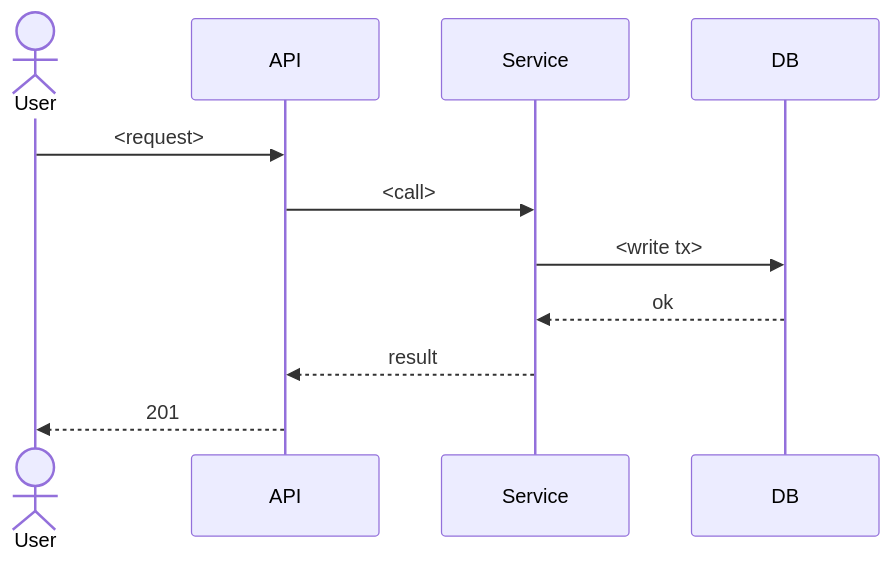
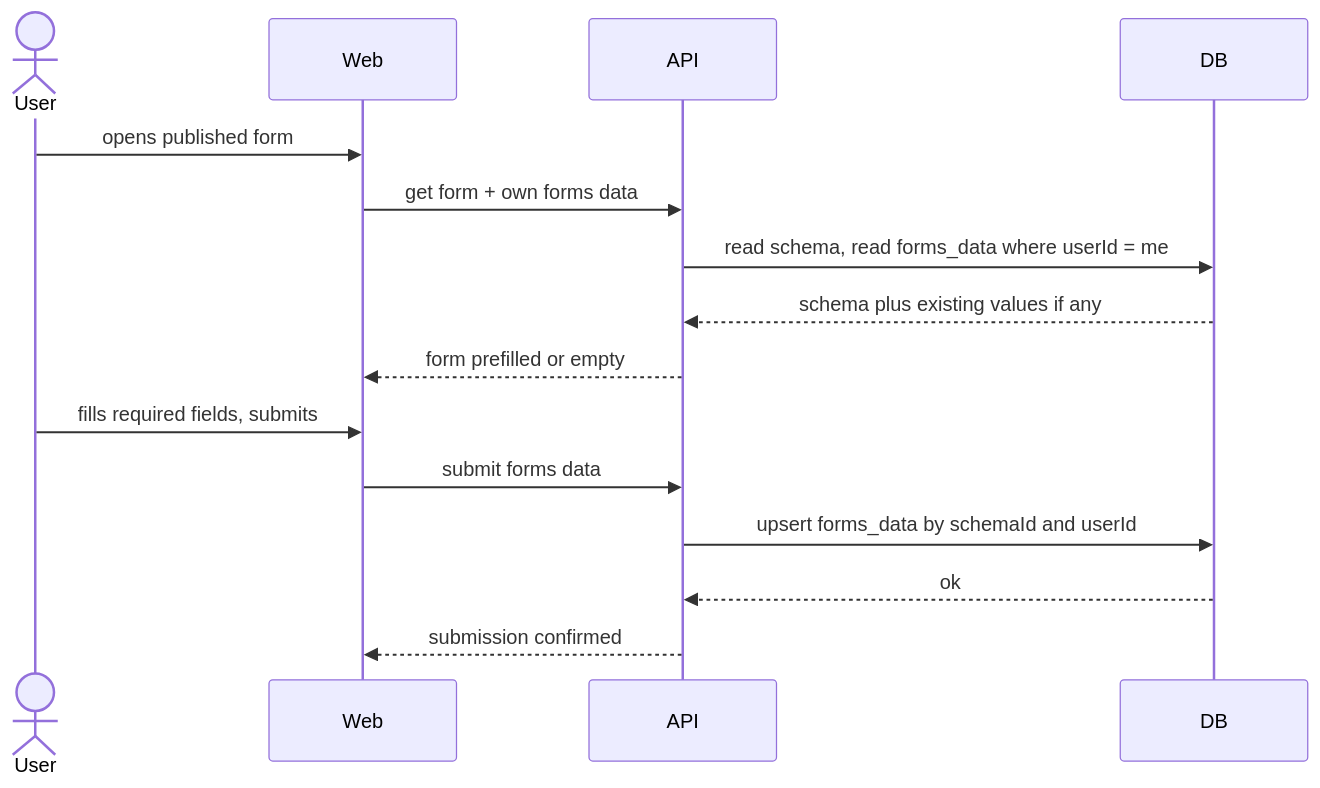
One commit to shur1k/custom-forms changed the fourth of 5 diagrams in docs/features/custom-forms/sad.md. Above: the diagram before and after it, drawn with Mermaid. The commit also changed other lines of this file, not shown here.

Commit message:
feat(custom-forms): sad §6 — runtime view, 3 seed sequence flows

````diff
--- a/docs/features/custom-forms/sad.md
+++ b/docs/features/custom-forms/sad.md
@@ -186,13 +199,17 @@
 ```mermaid
 sequenceDiagram
     actor User
+    participant Web
     participant API
-    participant Service
     participant DB
-    User->>API: <request>
-    API->>Service: <call>
-    Service->>DB: <write tx>
-    DB-->>Service: ok
-    Service-->>API: result
-    API-->>User: 201
+    User->>Web: opens published form
+    Web->>API: get form + own forms data
+    API->>DB: read schema, read forms_data where userId = me
+    DB-->>API: schema plus existing values if any
+    API-->>Web: form prefilled or empty
+    User->>Web: fills required fields, submits
+    Web->>API: submit forms data
+    API->>DB: upsert forms_data by schemaId and userId
+    DB-->>API: ok
+    API-->>Web: submission confirmed
 ```
````
